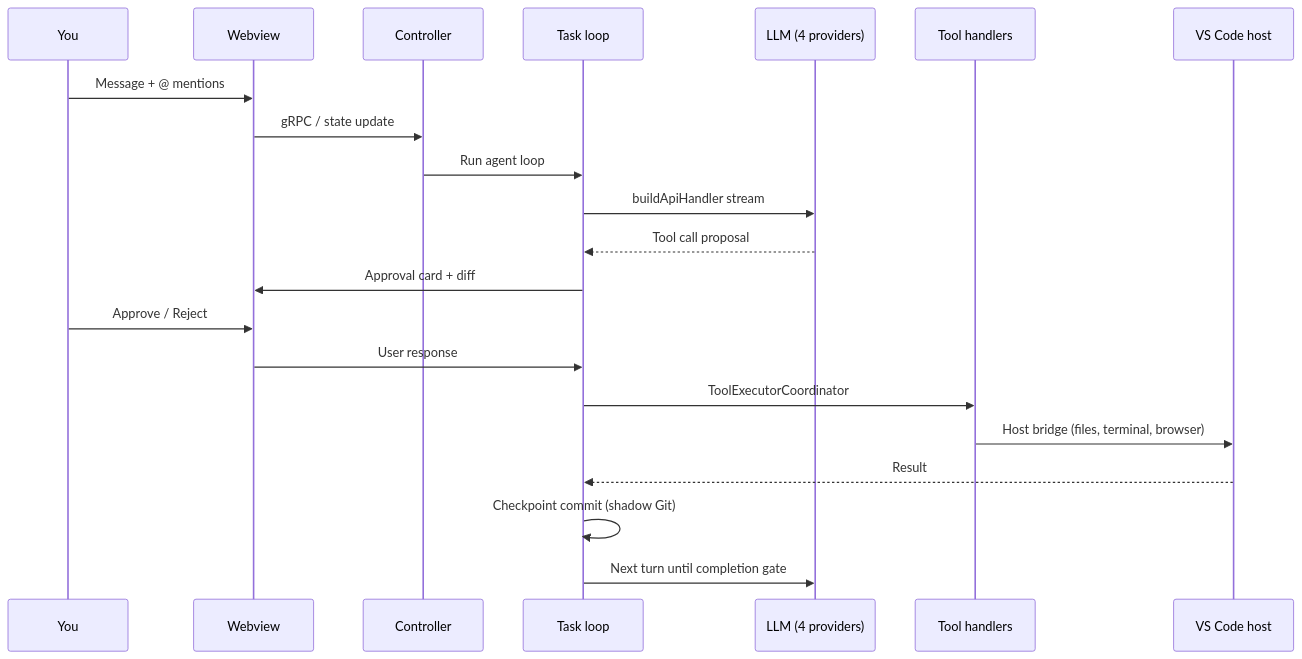
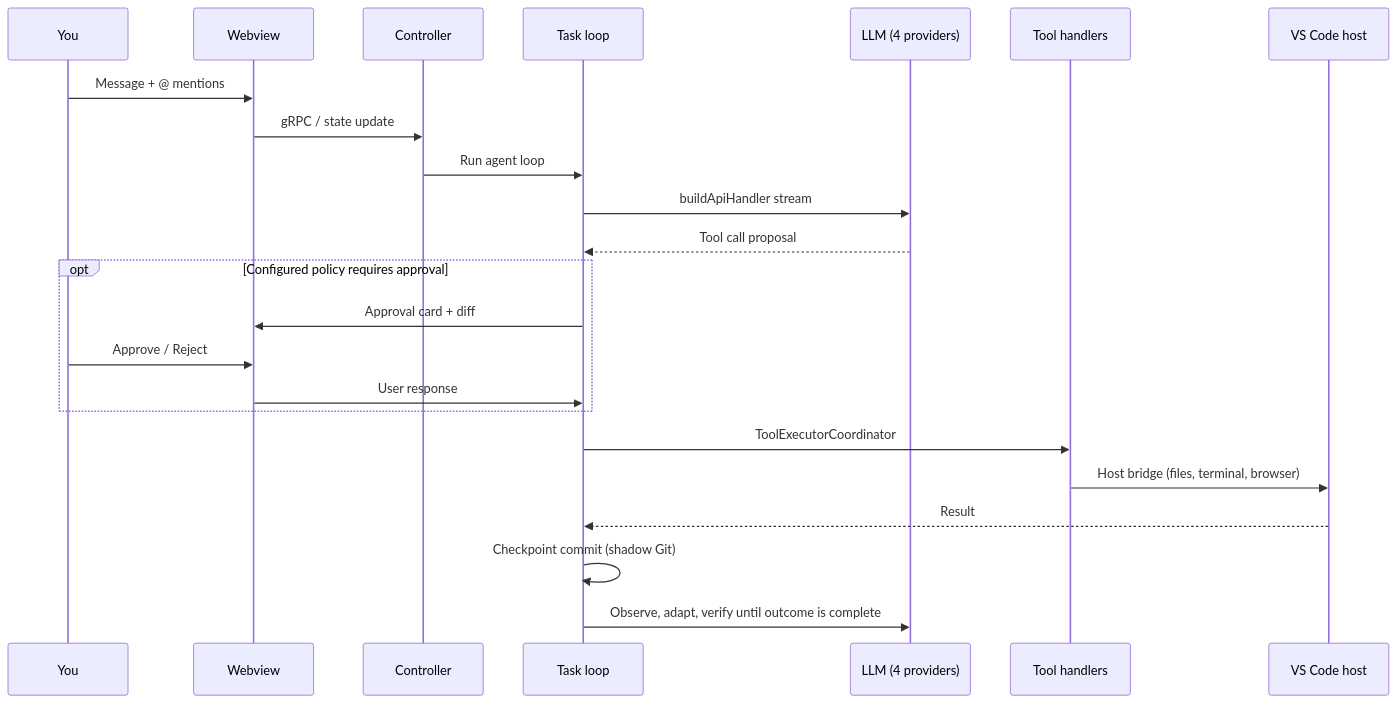
Before and after one commit to CardSorting/LUMI-NEW-NEW: the first of 3 diagrams in README.md, drawn with Mermaid. The commit also changed other lines of this file and 105 other files, not shown here.

````diff
--- a/README.md
+++ b/README.md
@@ -448,24 +448,26 @@
 ```mermaid
 sequenceDiagram
   participant U as You
   participant W as Webview
   participant C as Controller
   participant T as Task loop
   participant L as LLM (4 providers)
   participant H as Tool handlers
   participant V as VS Code host
 
   U->>W: Message + @ mentions
   W->>C: gRPC / state update
   C->>T: Run agent loop
   T->>L: buildApiHandler stream
   L-->>T: Tool call proposal
-  T->>W: Approval card + diff
-  U->>W: Approve / Reject
-  W->>T: User response
+  opt Configured policy requires approval
+    T->>W: Approval card + diff
+    U->>W: Approve / Reject
+    W->>T: User response
+  end
   T->>H: ToolExecutorCoordinator
   H->>V: Host bridge (files, terminal, browser)
   V-->>T: Result
   T->>T: Checkpoint commit (shadow Git)
-  T->>L: Next turn until completion gate
+  T->>L: Observe, adapt, verify until outcome is complete
 ```
````
